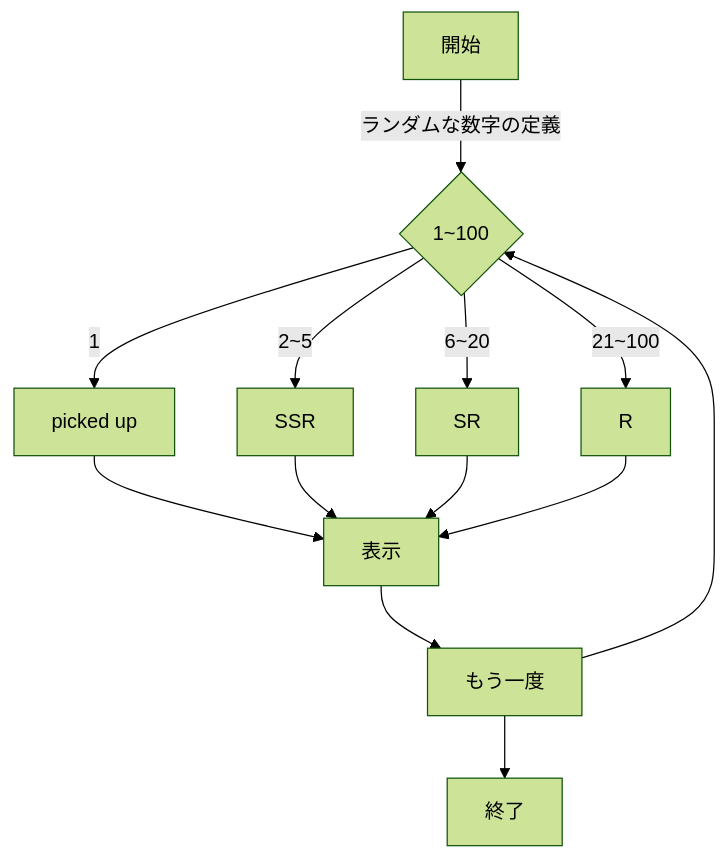
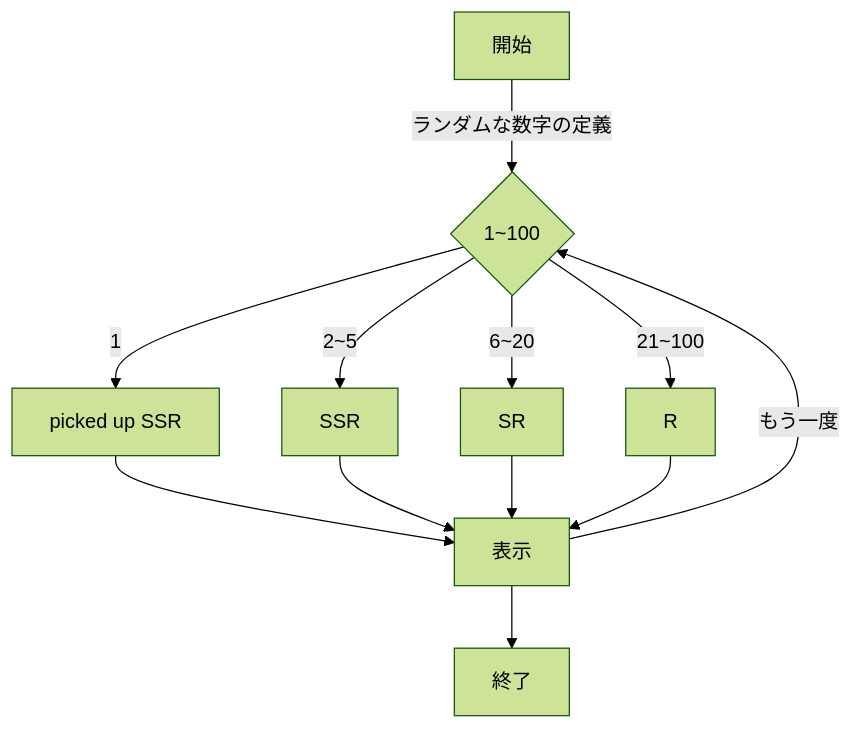
Before and after one commit to yuika-o/webpro_06: the third of 5 diagrams in README.md, drawn with Mermaid (forest theme). The commit also changed other lines of this file and 12 other files, not shown here.

````diff
--- a/README.md
+++ b/README.md
@@ -46,26 +115,24 @@
 ```mermaid
 flowchart TD;
 
 start["開始"];
 end1["表示"]
 if{"1~100"}
 ssr["SSR"]
 sr["SR"]
 r["R"]
-p["picked up"]
-more["もう一度"]
+p["picked up SSR"]
 end2["終了"]
 
 start -->|ランダムな数字の定義| if
 if--> |1|p
 if --> |2~5|ssr
 if -->|6~20| sr
 if -->|21~100| r
 p --> end1
 ssr --> end1
 sr --> end1
 r --> end1
-end1 --> more
-more --> if
-more --> end2
+end1 --> end2
+end1 -->|もう一度| if
 ```
````
